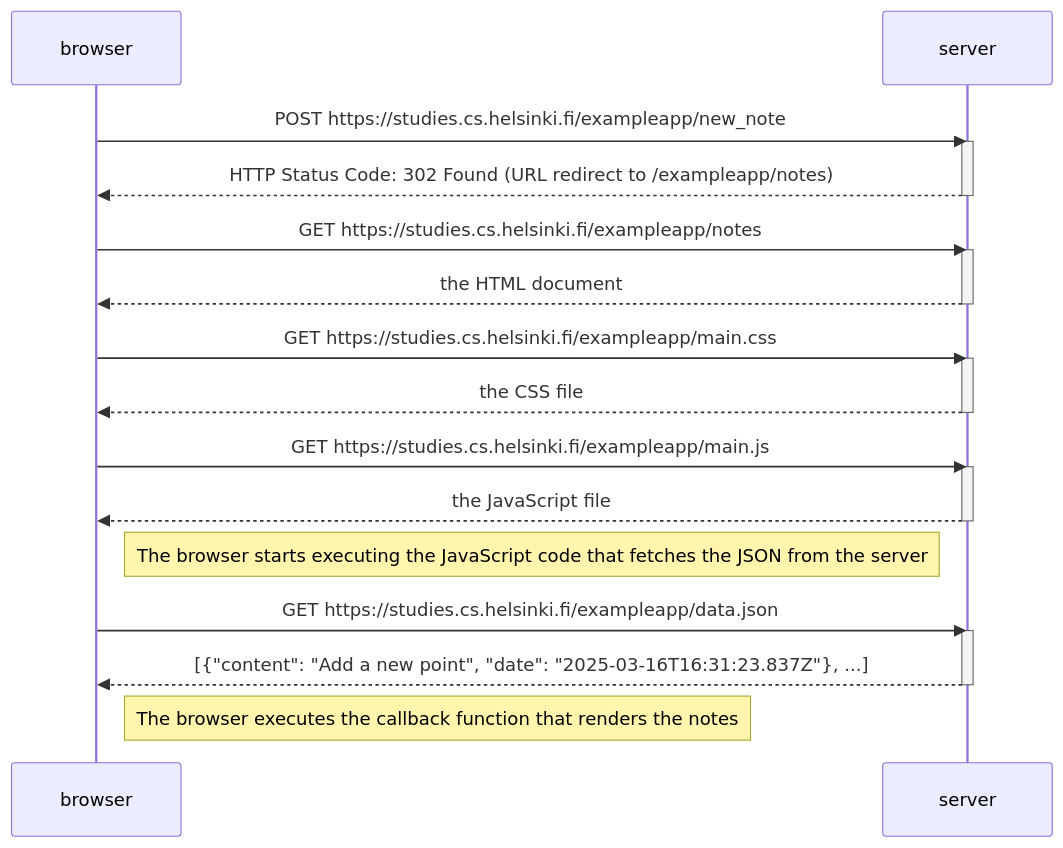
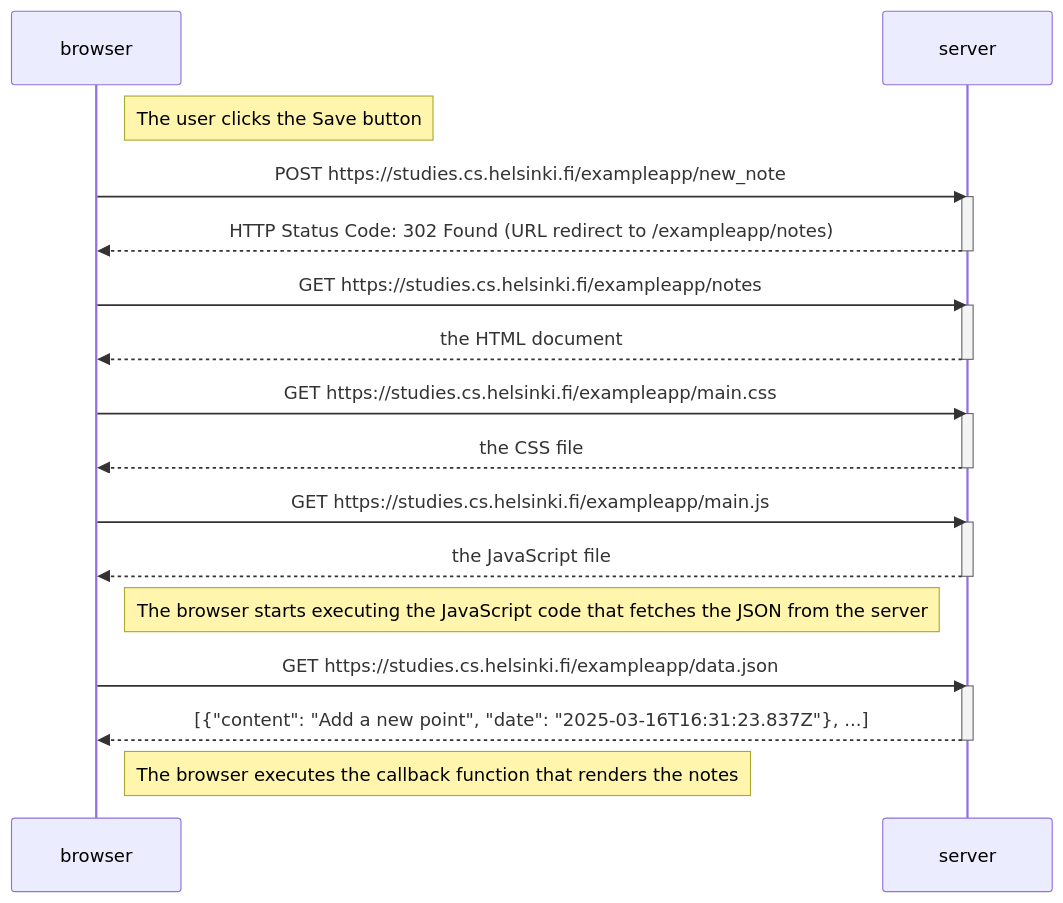
The diagram in 0-4:New-Note-Diagram.md (hatakeyamayuri/Fullstack-Course), drawn with Mermaid before and after one commit. The commit also changed 1 other file, not shown here.

Commit message:
Misc. typo and note addition

````diff
--- a/0-4:New-Note-Diagram.md
+++ b/0-4:New-Note-Diagram.md
@@ -1,34 +1,36 @@
 ```mermaid
 sequenceDiagram
     participant browser
     participant server
+
+    Note right of browser: The user clicks the Save button
 
     browser->>server: POST https://studies.cs.helsinki.fi/exampleapp/new_note
     activate server
     server-->>browser: HTTP Status Code: 302 Found (URL redirect to /exampleapp/notes)
     deactivate server
 
     browser->>server: GET https://studies.cs.helsinki.fi/exampleapp/notes
     activate server
     server-->>browser: the HTML document
     deactivate server
 
     browser->>server: GET https://studies.cs.helsinki.fi/exampleapp/main.css
     activate server
     server-->>browser: the CSS file
     deactivate server
 
     browser->>server: GET https://studies.cs.helsinki.fi/exampleapp/main.js
     activate server
     server-->>browser: the JavaScript file
     deactivate server
 
     Note right of browser: The browser starts executing the JavaScript code that fetches the JSON from the server
 
     browser->>server: GET https://studies.cs.helsinki.fi/exampleapp/data.json
     activate server
     server-->>browser: [{"content": "Add a new point", "date": "2025-03-16T16:31:23.837Z"}, ...]
     deactivate server
 
     Note right of browser: The browser executes the callback function that renders the notes
 ```
````
